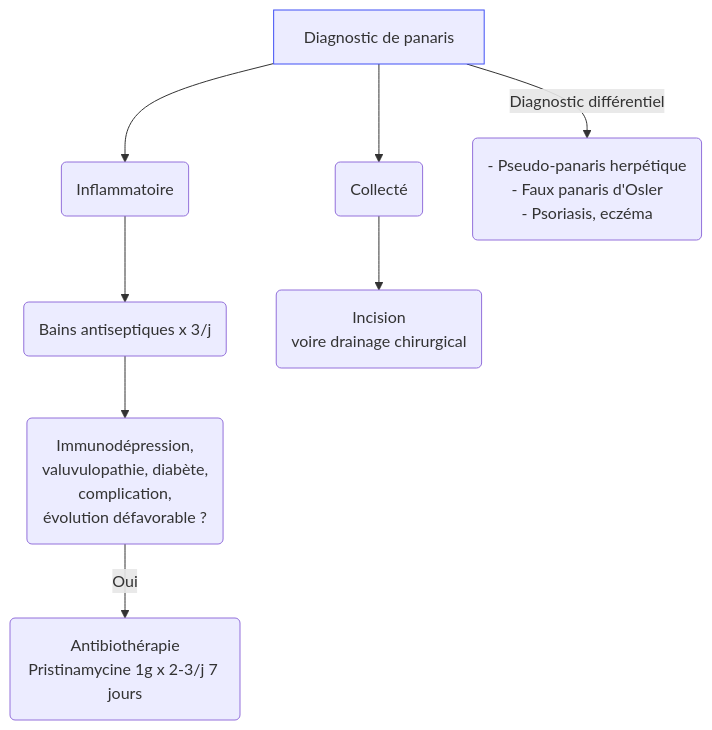
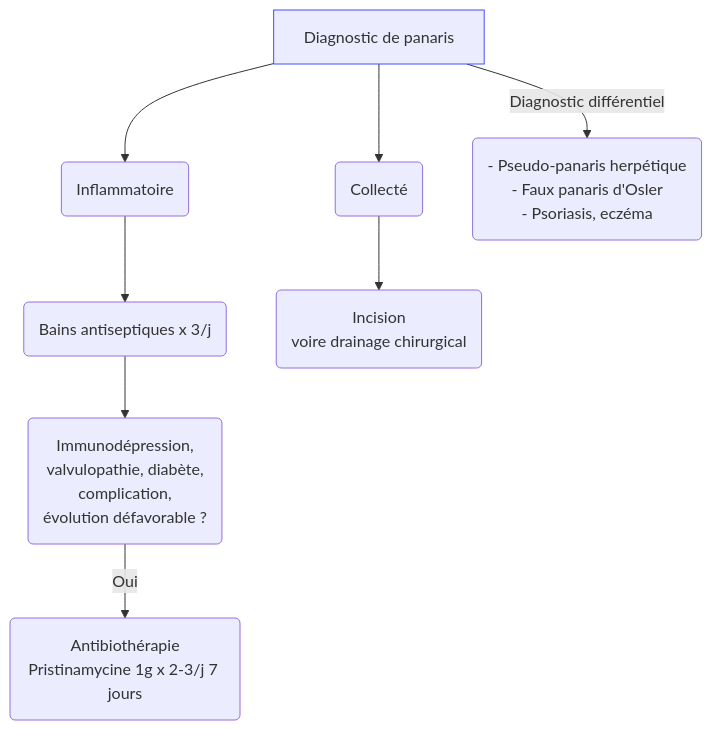
Before and after one commit to djibe/recommandations-medicales: the diagram in content/recommandations/panaris.md, drawn with Mermaid. The commit also changed other lines of this file, not shown here.

```diff
--- a/content/recommandations/panaris.md
+++ b/content/recommandations/panaris.md
@@ -150,7 +148,7 @@
 {{< mermaid title="Prise en charge d'un panaris. Dr JB Fron d'après Collèges" >}}
 graph TB
-  diagnostic[Diagnostic de panaris] --> inflammatoire(Inflammatoire) --> bains(Bains antiseptiques x 3/j) --> immunodepression("Immunodépression,<br>valuvulopathie, diabète,<br>complication,<br>évolution défavorable ?") -- Oui --> ATB(Antibiothérapie<br>Pristinamycine 1g x 2-3/j 7 jours)
+  diagnostic[Diagnostic de panaris] --> inflammatoire(Inflammatoire) --> bains(Bains antiseptiques x 3/j) --> immunodépression("Immunodépression,<br>valvulopathie, diabète,<br>complication,<br>évolution défavorable ?") -- Oui --> ATB(Antibiothérapie<br>Pristinamycine 1g x 2-3/j 7 jours)
   style diagnostic stroke:#4150f5, stroke-width:1px
-  diagnostic --> collecte(Collecté) --> chir(Incision<br>voire drainage chirurgical)
-  diagnostic -- Diagnostic différentiel --> differentiel("- Pseudo-panaris herpétique<br>- Faux panaris d'Osler<br>- Psoriasis, eczéma")
+  diagnostic --> collecte(Collecté) --> chirurgie(Incision<br>voire drainage chirurgical)
+  diagnostic -- Diagnostic différentiel --> différentiel("- Pseudo-panaris herpétique<br>- Faux panaris d'Osler<br>- Psoriasis, eczéma")
 {{< /mermaid >}}
```
